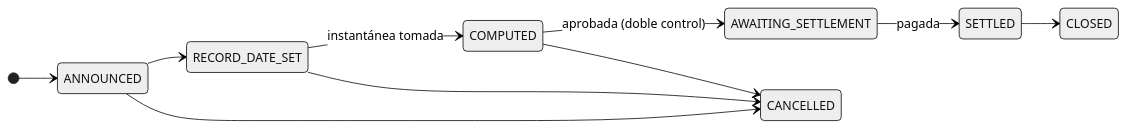
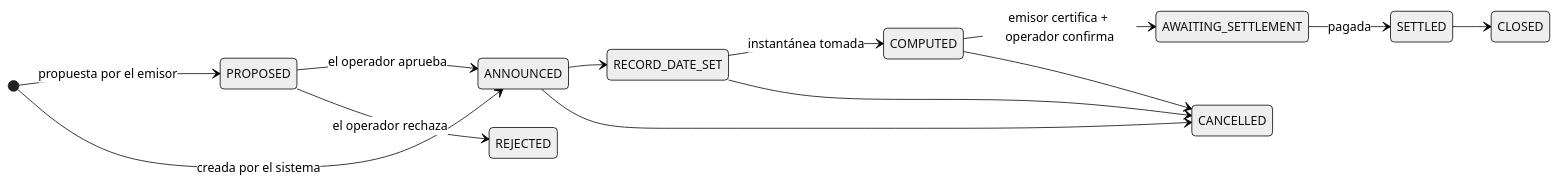
One commit to makibytes/registerwerk changed the first of 2 diagrams in docs/customer/lifecycle/redemption.es.md. Above: the diagram before and after it, drawn with Mermaid (neutral theme). The commit also changed other lines of this file and 197 other files, not shown here.

````diff
--- a/docs/customer/lifecycle/redemption.es.md
+++ b/docs/customer/lifecycle/redemption.es.md
@@ -52,13 +52,16 @@
 ```mermaid
 stateDiagram-v2
     direction LR
-    [*] --> ANNOUNCED
+    [*] --> PROPOSED: propuesta por el emisor
+    [*] --> ANNOUNCED: creada por el sistema
+    PROPOSED --> ANNOUNCED: el operador aprueba
+    PROPOSED --> REJECTED: el operador rechaza
     ANNOUNCED --> RECORD_DATE_SET
     RECORD_DATE_SET --> COMPUTED: instantánea tomada
-    COMPUTED --> AWAITING_SETTLEMENT: aprobada (doble control)
+    COMPUTED --> AWAITING_SETTLEMENT: emisor certifica + operador confirma
     AWAITING_SETTLEMENT --> SETTLED: pagada
     SETTLED --> CLOSED
     ANNOUNCED --> CANCELLED
     RECORD_DATE_SET --> CANCELLED
     COMPUTED --> CANCELLED
 ```
````
